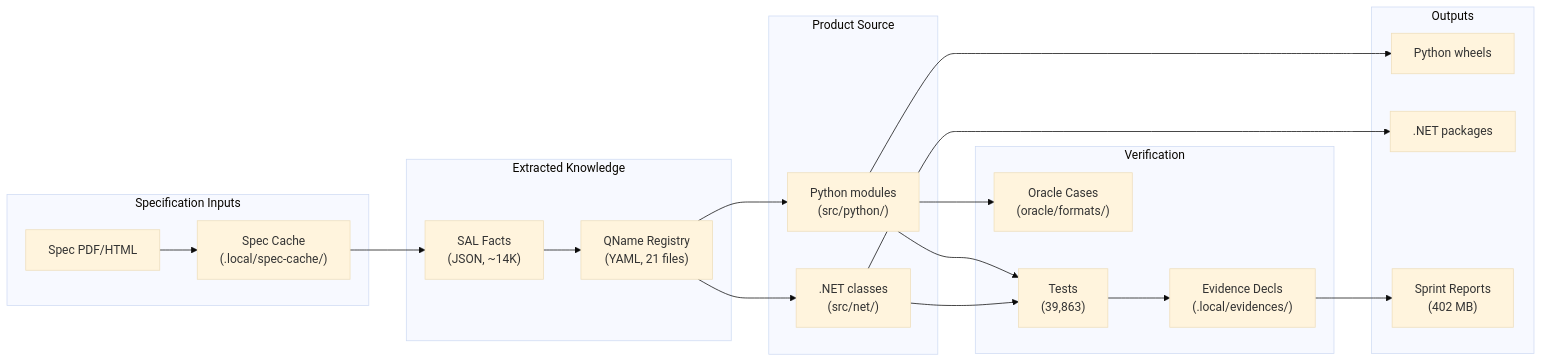
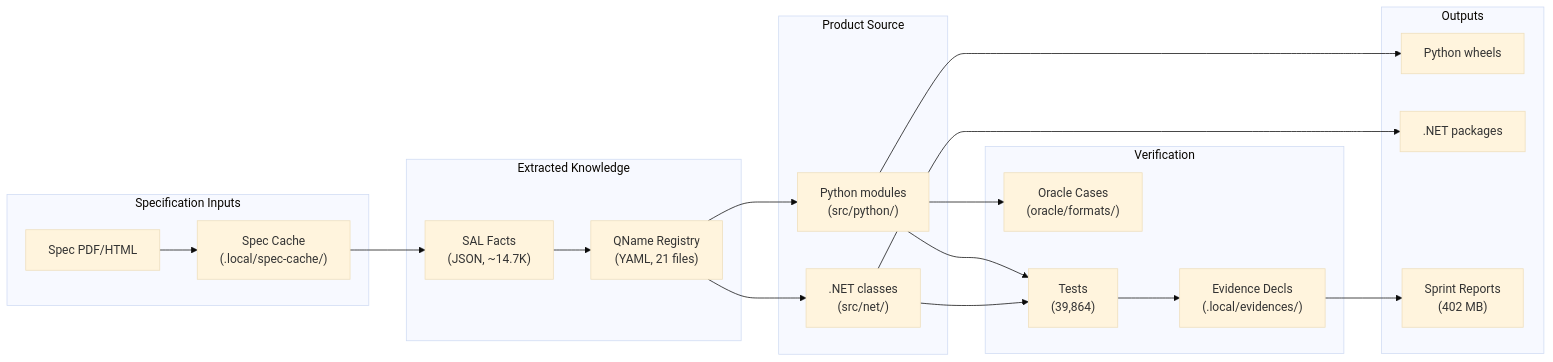
Before and after one commit to babar-raza/format-factory: diagram 11 of 18 in docs/system-recon/FF-DEEP-RECON-20260705-052931/02-SYSTEM-ARCHITECTURE-AND-DIAGRAMS.md, drawn with Mermaid (base theme). The commit also changed other lines of this file and 6 other files, not shown here.

````diff
--- a/docs/system-recon/FF-DEEP-RECON-20260705-052931/02-SYSTEM-ARCHITECTURE-AND-DIAGRAMS.md
+++ b/docs/system-recon/FF-DEEP-RECON-20260705-052931/02-SYSTEM-ARCHITECTURE-AND-DIAGRAMS.md
@@ -369,40 +369,40 @@
 ```mermaid
 flowchart LR
     subgraph Spec["Specification Inputs"]
         PDF["Spec PDF/HTML"]
         CACHE["Spec Cache<br/>(.local/spec-cache/)"]
     end
 
     subgraph Facts["Extracted Knowledge"]
-        SAL["SAL Facts<br/>(JSON, ~14K)"]
+        SAL["SAL Facts<br/>(JSON, ~14.7K)"]
         QNAME["QName Registry<br/>(YAML, 21 files)"]
     end
 
     subgraph Source["Product Source"]
         PYMOD["Python modules<br/>(src/python/)"]
         CSMOD[".NET classes<br/>(src/net/)"]
     end
 
     subgraph Verify["Verification"]
         ORACLE["Oracle Cases<br/>(oracle/formats/)"]
-        TESTS["Tests<br/>(39,863)"]
+        TESTS["Tests<br/>(39,864)"]
         EVIDENCE["Evidence Decls<br/>(.local/evidences/)"]
     end
 
     subgraph Output["Outputs"]
         WHL["Python wheels"]
         NUPKG[".NET packages"]
         REPORTS["Sprint Reports<br/>(402 MB)"]
     end
 
     PDF --> CACHE --> SAL --> QNAME
     QNAME --> PYMOD
     QNAME --> CSMOD
     PYMOD --> TESTS
     CSMOD --> TESTS
     PYMOD --> ORACLE
     TESTS --> EVIDENCE
     EVIDENCE --> REPORTS
     PYMOD --> WHL
     CSMOD --> NUPKG
 ```
````
